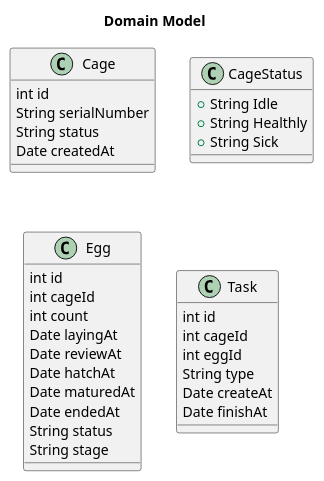
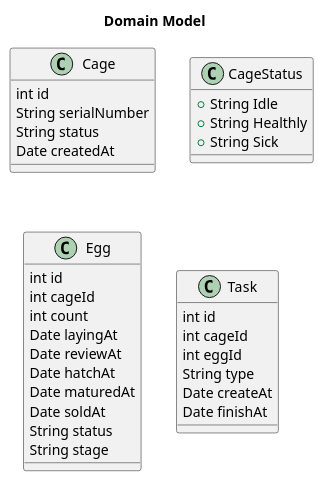
Before and after one commit to hziee514/pigeon: the diagram in dove/doc/Domain Model.puml, drawn with PlantUML. The commit also changed 23 other files, not shown here.

```diff
--- a/dove/doc/Domain Model.puml
+++ b/dove/doc/Domain Model.puml
@@ -1,40 +1,40 @@
 @startuml Domain Model
 
 title Domain Model
 
 class Cage {
     int id
     String serialNumber
     String status
     Date createdAt
 }
 
 class CageStatus {
     +String Idle
     +String Healthly
     +String Sick
 }
 
 class Egg {
     int id
     int cageId
     int count
     Date layingAt
     Date reviewAt
     Date hatchAt
     Date maturedAt
-    Date endedAt
+    Date soldAt
     String status
     String stage
 }
 
 class Task {
     int id
     int cageId
     int eggId
     String type
     Date createAt
     Date finishAt
 }
 
 @enduml
```
